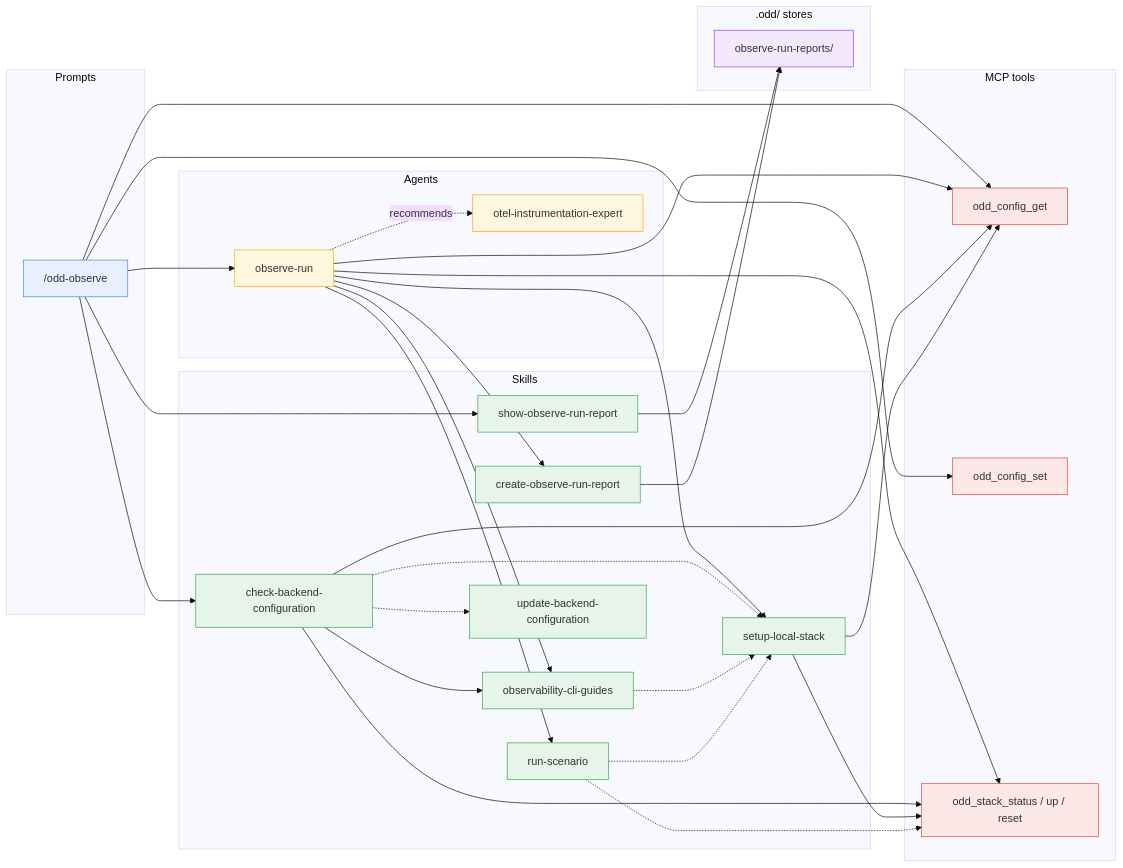
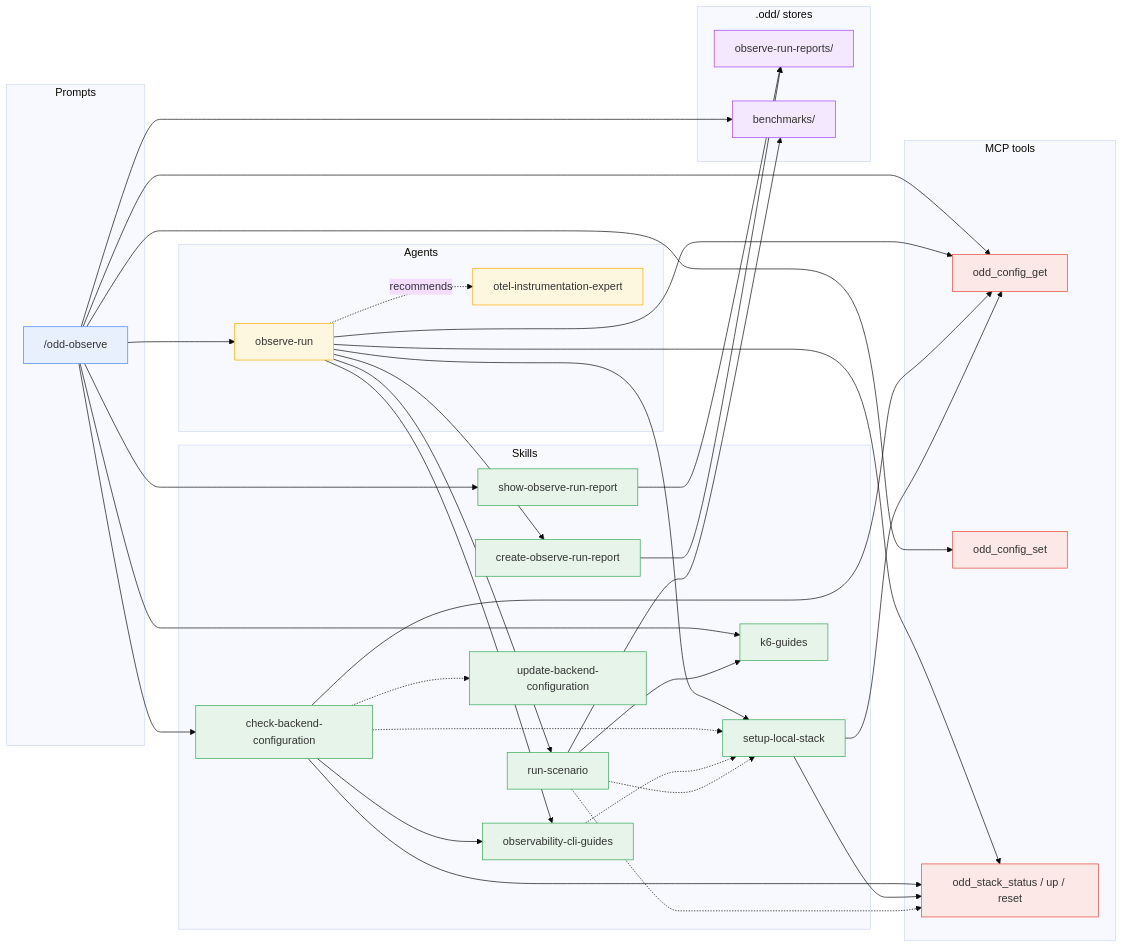
One commit to using-system/oddyssey changed the third of 7 diagrams in docs/guide/dependencies.md. Above: the diagram before and after it, drawn with Mermaid (base theme). The commit also changed other lines of this file and 10 other files, not shown here.

````diff
--- a/docs/guide/dependencies.md
+++ b/docs/guide/dependencies.md
@@ -158,70 +161,76 @@
 ```mermaid
 flowchart LR
   subgraph Prompts
     observe["/odd-observe"]
   end
 
   subgraph Agents
     runner[observe-run]
     expert[otel-instrumentation-expert]
   end
 
   subgraph Skills
     cbc[check-backend-configuration]
     ocg[observability-cli-guides]
     sls[setup-local-stack]
     rs[run-scenario]
+    kg[k6-guides]
     corr[create-observe-run-report]
     sorr[show-observe-run-report]
     ubc[update-backend-configuration]
   end
 
   subgraph MCP["MCP tools"]
     cfgget[odd_config_get]
     cfgset[odd_config_set]
     stack[odd_stack_status / up / reset]
   end
 
   subgraph Stores[".odd/ stores"]
     obsdir[observe-run-reports/]
+    benchdir[benchmarks/]
   end
 
   observe --> runner
   observe --> cbc
   observe --> sorr
   observe --> cfgget
   observe --> cfgset
+  observe --> kg
+  observe --> benchdir
   sorr --> obsdir
 
   runner --> ocg
   runner --> sls
   runner --> rs
   runner --> corr
   runner --> cfgget
   runner --> stack
   runner -. recommends .-> expert
 
   cbc -.-> sls
   cbc -.-> ubc
   cbc --> ocg
   cbc --> cfgget
   cbc --> stack
   ocg -.-> sls
   sls --> cfgget
   sls --> stack
   rs -.-> stack
   rs -.-> sls
+  rs --> kg
+  rs --> benchdir
 
   corr --> obsdir
 
   classDef prompt fill:#e8f0fe,stroke:#4285f4
   classDef agent fill:#fef7e0,stroke:#f9ab00
   classDef skill fill:#e6f4ea,stroke:#34a853
   classDef mcp fill:#fce8e6,stroke:#ea4335
   classDef store fill:#f3e8fd,stroke:#a142f4
   class observe prompt
   class runner,expert agent
-  class cbc,ocg,sls,rs,corr,sorr,ubc skill
+  class cbc,ocg,sls,rs,kg,corr,sorr,ubc skill
   class cfgget,cfgset,stack mcp
-  class obsdir store
+  class obsdir,benchdir store
 ```
````
